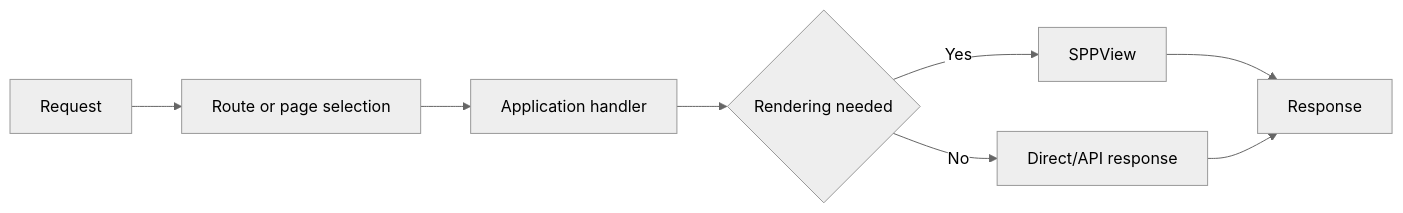
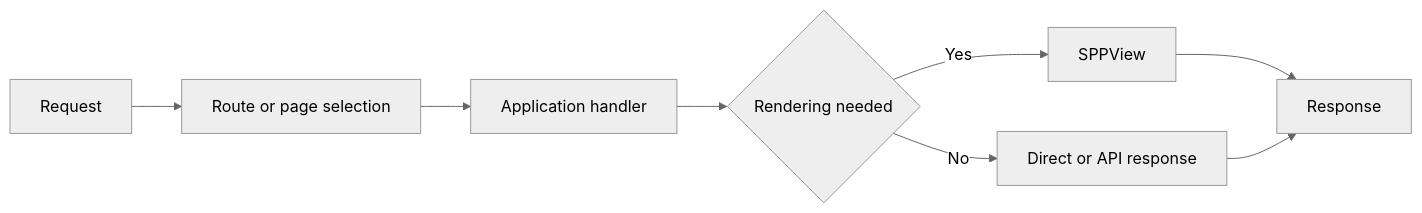
Before and after one commit to shuklasp/spp: the fourth of 5 diagrams in documentation/handbook/15-routing-and-request-dispatch.md, drawn with Mermaid (neutral theme). The commit also changed other lines of this file, not shown here.

Commit message:
Improve routing chapter diagrams

````diff
--- a/documentation/handbook/15-routing-and-request-dispatch.md
+++ b/documentation/handbook/15-routing-and-request-dispatch.md
@@ -232,10 +223,10 @@
 ```mermaid
 flowchart LR
     A[Request] --> B[Route or page selection]
     B --> C[Application handler]
     C --> D{Rendering needed}
     D -- Yes --> E[SPPView]
-    D -- No --> F[Direct/API response]
+    D -- No --> F[Direct or API response]
     E --> G[Response]
     F --> G
 ```
````
